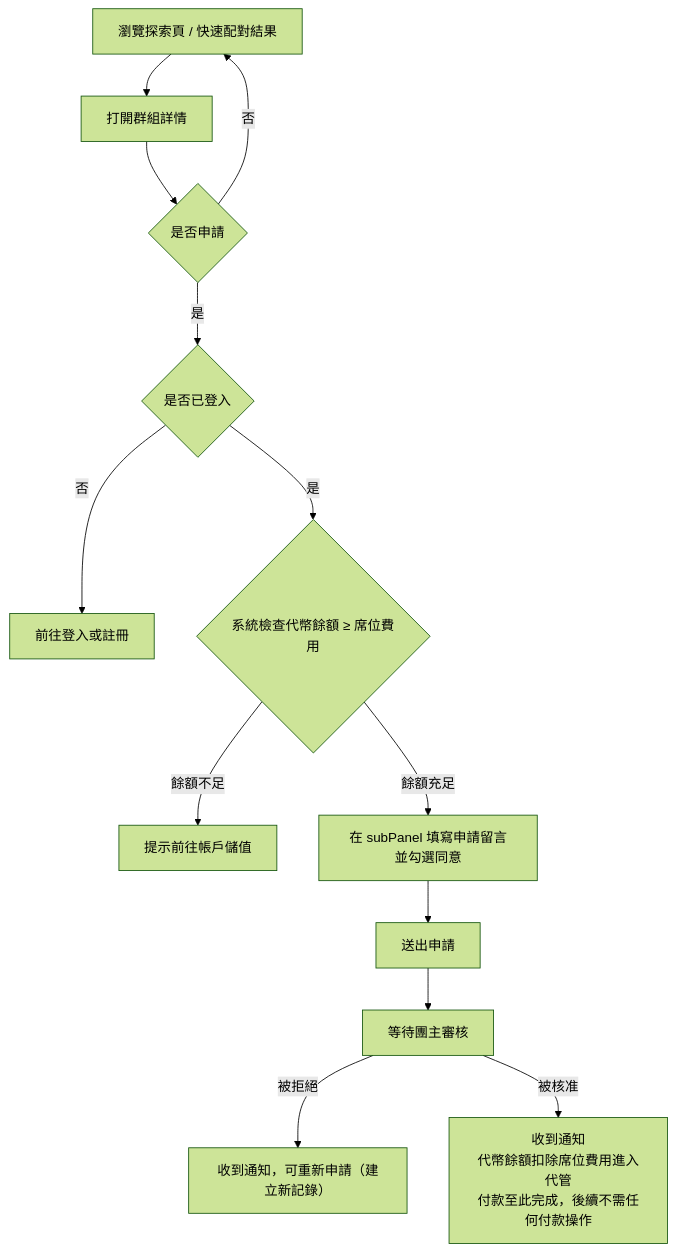
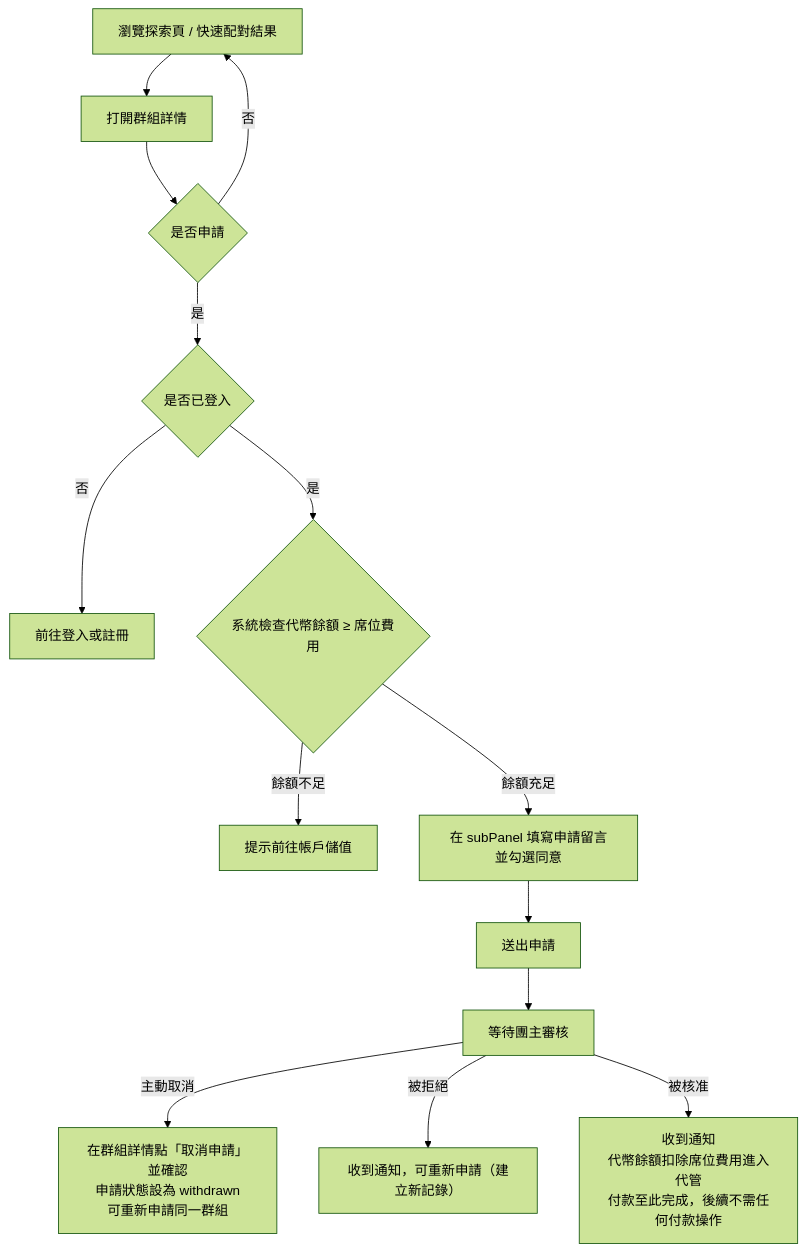
One commit to s1092055/PartyMatch changed the second of 15 diagrams in docs/user-flows.md. Above: the diagram before and after it, drawn with Mermaid (forest theme). The commit also changed 1 other file, not shown here.

Commit message:
docs: 補充取消申請流程與 withdrawn 狀態說明

````diff
--- a/docs/user-flows.md
+++ b/docs/user-flows.md
@@ -41,15 +41,16 @@
 ```mermaid
 flowchart TD
   A[瀏覽探索頁 / 快速配對結果] --> B[打開群組詳情]
   B --> C{是否申請}
   C -->|否| A
   C -->|是| D{是否已登入}
   D -->|否| D1[前往登入或註冊]
   D -->|是| E{系統檢查代幣餘額 ≥ 席位費用}
   E -->|餘額不足| E1[提示前往帳戶儲值]
   E -->|餘額充足| F[在 subPanel 填寫申請留言並勾選同意]
   F --> G[送出申請]
   G --> H[等待團主審核]
+  H -->|主動取消| H0[在群組詳情點「取消申請」並確認\n申請狀態設為 withdrawn\n可重新申請同一群組]
   H -->|被拒絕| H1[收到通知，可重新申請（建立新記錄）]
   H -->|被核准| I[收到通知\n代幣餘額扣除席位費用進入代管\n付款至此完成，後續不需任何付款操作]
 ```
````
